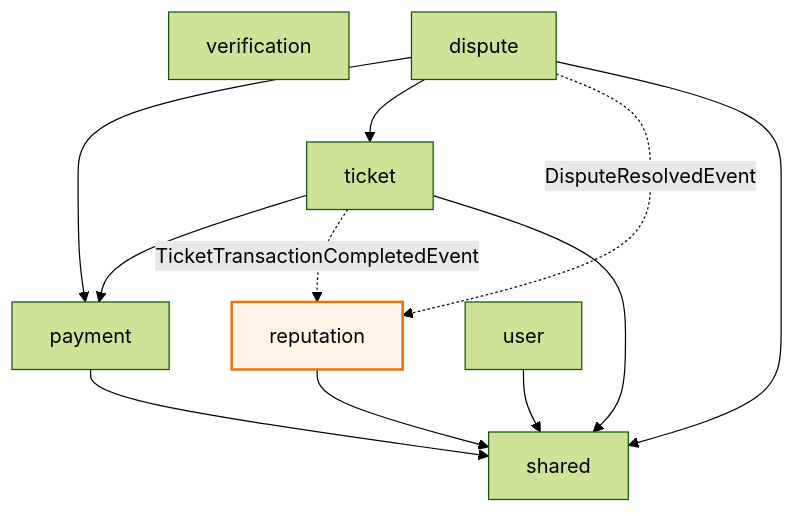
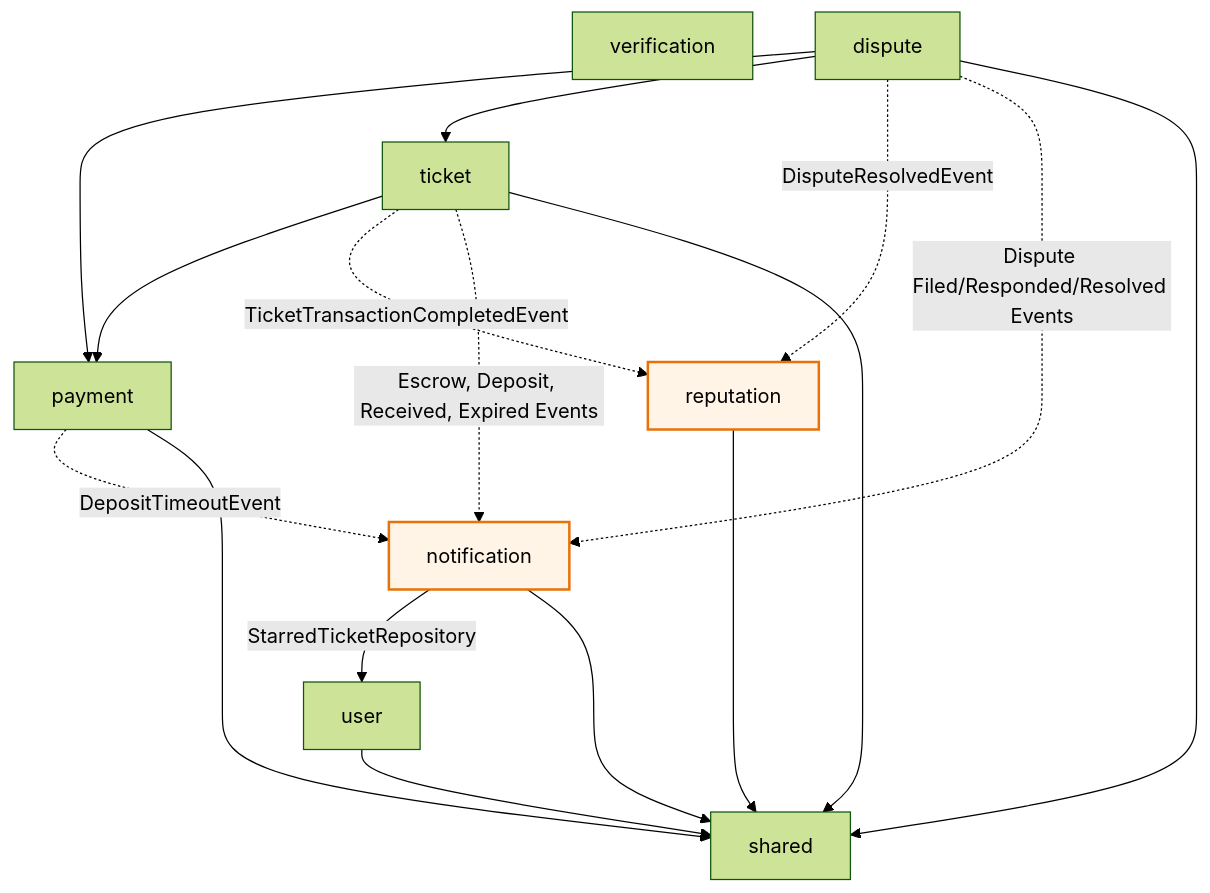
One commit to KemCheese/project_oop changed the second of 2 diagrams in design-note/01-kien-truc-he-thong.md. Above: the diagram before and after it, drawn with Mermaid (forest theme). The commit also changed other lines of this file and 51 other files, not shown here.

````diff
--- a/design-note/01-kien-truc-he-thong.md
+++ b/design-note/01-kien-truc-he-thong.md
@@ -145,26 +152,33 @@
 ```mermaid
 flowchart TD
     ticket["ticket"]
     verification["verification"]
     payment["payment"]
     dispute["dispute"]
     reputation["reputation"]
+    notification["notification"]
     user["user"]
     shared["shared"]
 
     ticket --> payment
     dispute --> payment
     dispute --> ticket
 
     ticket -.->|"TicketTransactionCompletedEvent"| reputation
     dispute -.->|"DisputeResolvedEvent"| reputation
 
+    ticket -.->|"Escrow, Deposit, Received, Expired Events"| notification
+    payment -.->|"DepositTimeoutEvent"| notification
+    dispute -.->|"Dispute Filed/Responded/Resolved Events"| notification
+
+    notification -->|"StarredTicketRepository"| user
     ticket --> shared
     payment --> shared
     dispute --> shared
     reputation --> shared
+    notification --> shared
     user --> shared
 
     classDef evt fill:#fff4e5,stroke:#e8710a,stroke-width:2px
-    class reputation evt
+    class reputation,notification evt
 ```
````
